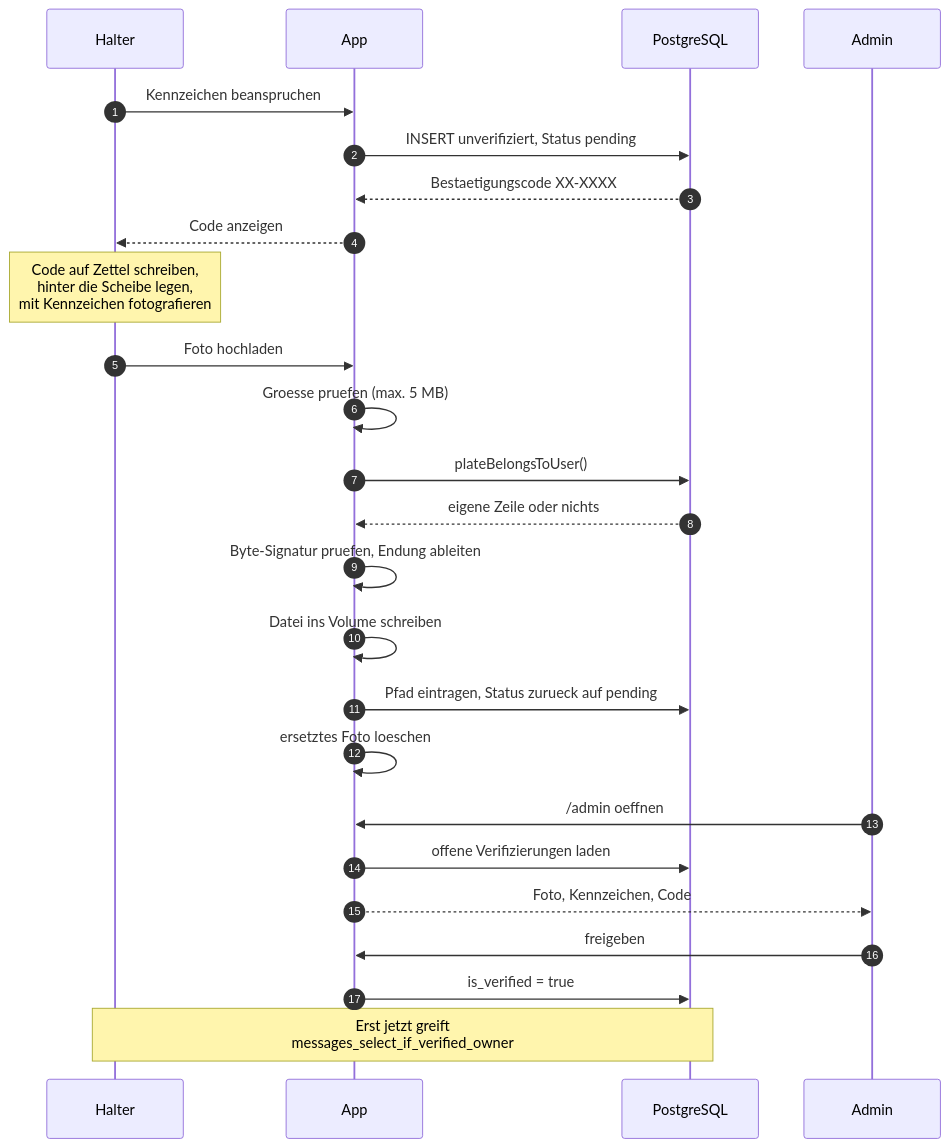
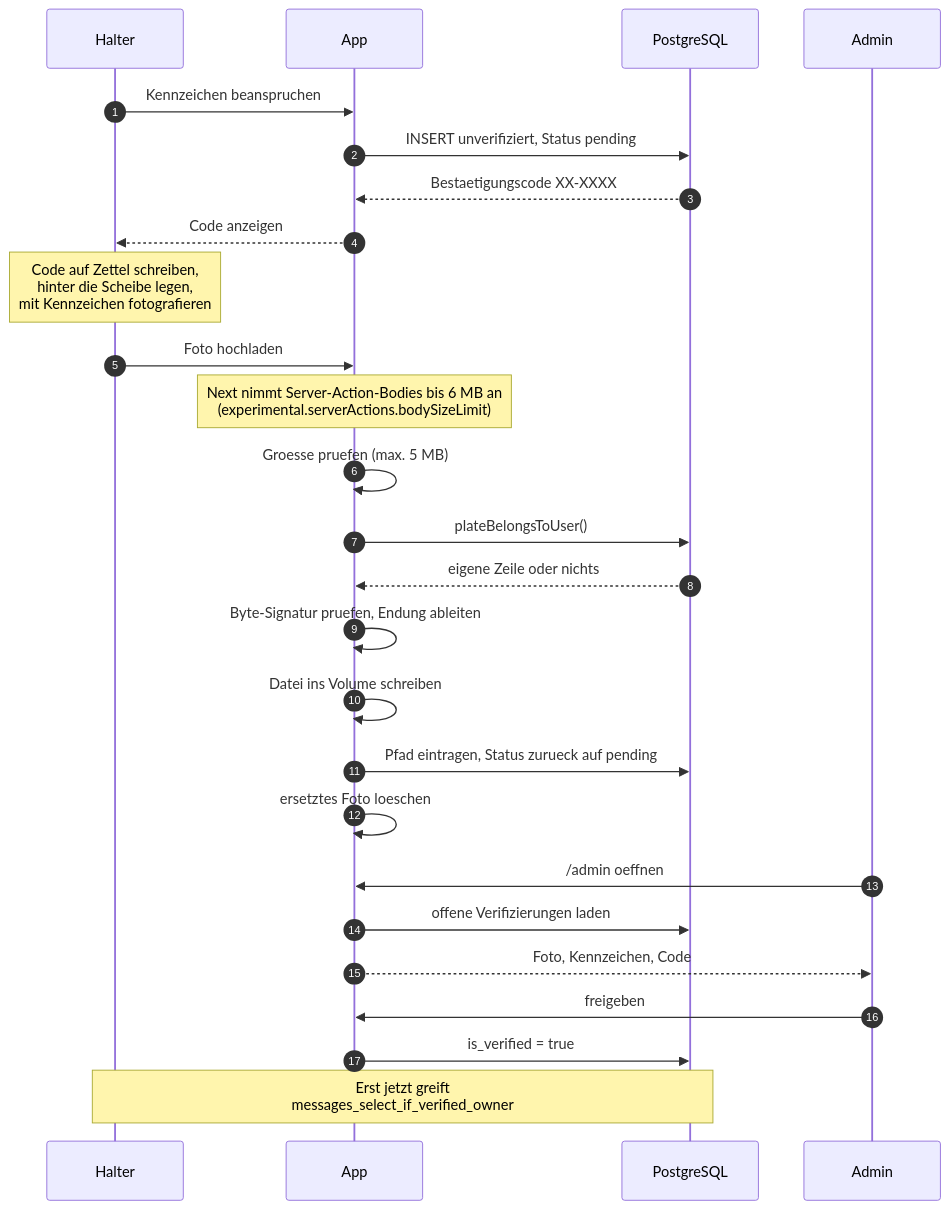
One commit to mariushuck/PlateDrop changed the fifth of 8 diagrams in docs/architecture.md. Above: the diagram before and after it, drawn with Mermaid. The commit also changed other lines of this file and 15 other files, not shown here.

First line of the commit message:
fix(app): unblock production use (upload limit, backups, retention, plate removal)

````diff
--- a/docs/architecture.md
+++ b/docs/architecture.md
@@ -462,28 +462,29 @@
 ```mermaid
 sequenceDiagram
     autonumber
     participant H as Halter
     participant App
     participant DB as PostgreSQL
     participant Ad as Admin
 
     H->>App: Kennzeichen beanspruchen
     App->>DB: INSERT unverifiziert, Status pending
     DB-->>App: Bestaetigungscode XX-XXXX
     App-->>H: Code anzeigen
     Note over H: Code auf Zettel schreiben,<br/>hinter die Scheibe legen,<br/>mit Kennzeichen fotografieren
     H->>App: Foto hochladen
+    Note over App: Next nimmt Server-Action-Bodies bis 6 MB an<br/>(experimental.serverActions.bodySizeLimit)
     App->>App: Groesse pruefen (max. 5 MB)
     App->>DB: plateBelongsToUser()
     DB-->>App: eigene Zeile oder nichts
     App->>App: Byte-Signatur pruefen, Endung ableiten
     App->>App: Datei ins Volume schreiben
     App->>DB: Pfad eintragen, Status zurueck auf pending
     App->>App: ersetztes Foto loeschen
     Ad->>App: /admin oeffnen
     App->>DB: offene Verifizierungen laden
     App-->>Ad: Foto, Kennzeichen, Code
     Ad->>App: freigeben
     App->>DB: is_verified = true
     Note over H,DB: Erst jetzt greift<br/>messages_select_if_verified_owner
 ```
````
